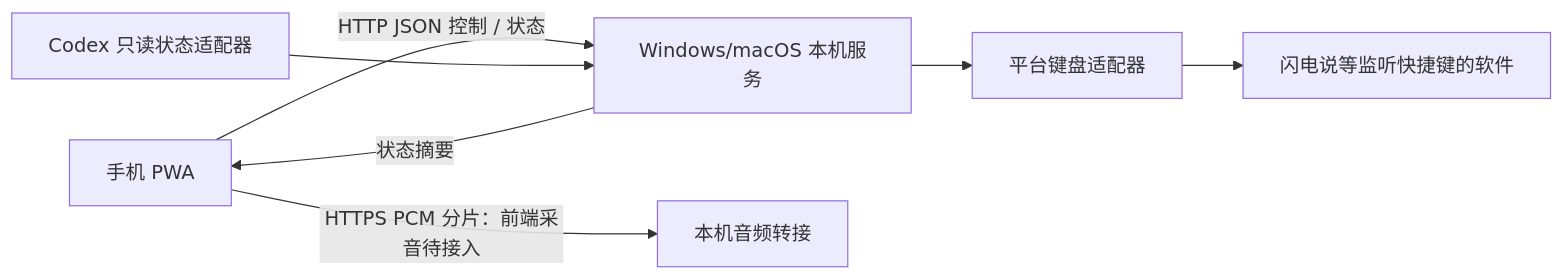
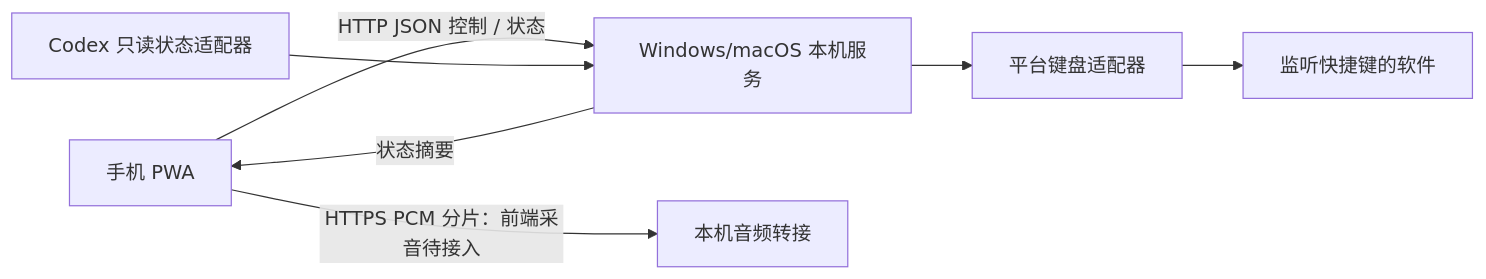
The diagram in docs/AI开发计划.md (xiemin2161/shunyan), drawn with Mermaid before and after one commit. The commit also changed other lines of this file and 26 other files, not shown here.

````diff
--- a/docs/AI开发计划.md
+++ b/docs/AI开发计划.md
@@ -18,9 +18,9 @@
 ```mermaid
 flowchart LR
   A[手机 PWA] -->|HTTP JSON 控制 / 状态| B[Windows/macOS 本机服务]
   A -->|HTTPS PCM 分片：前端采音待接入| C[本机音频转接]
   B --> D[平台键盘适配器]
-  D --> E[闪电说等监听快捷键的软件]
+  D --> E[监听快捷键的软件]
   F[Codex 只读状态适配器] --> B
   B -->|状态摘要| A
 ```
````
